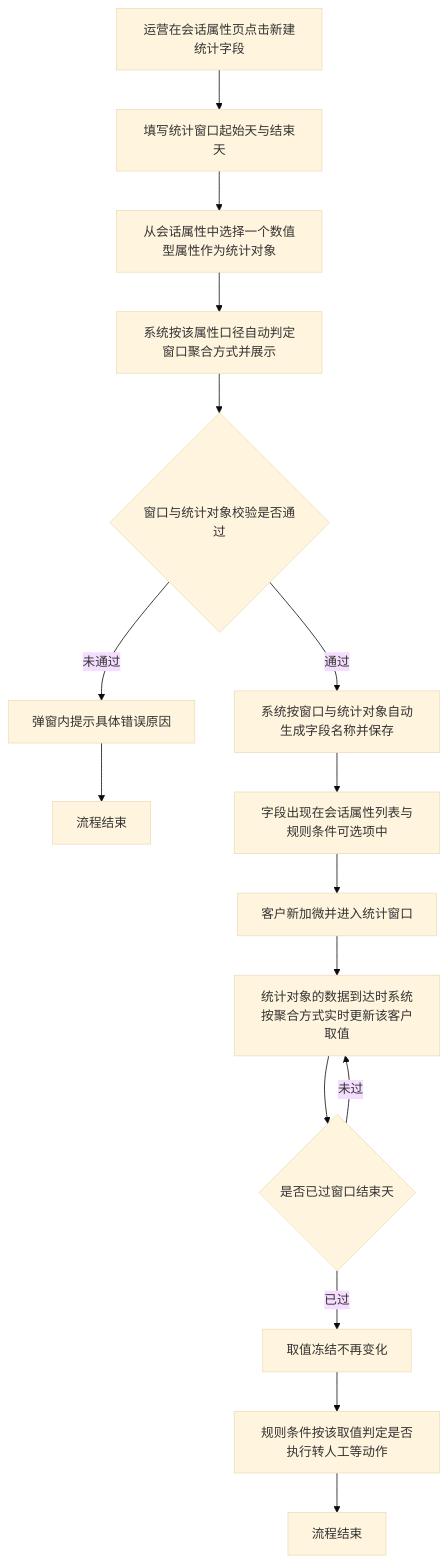
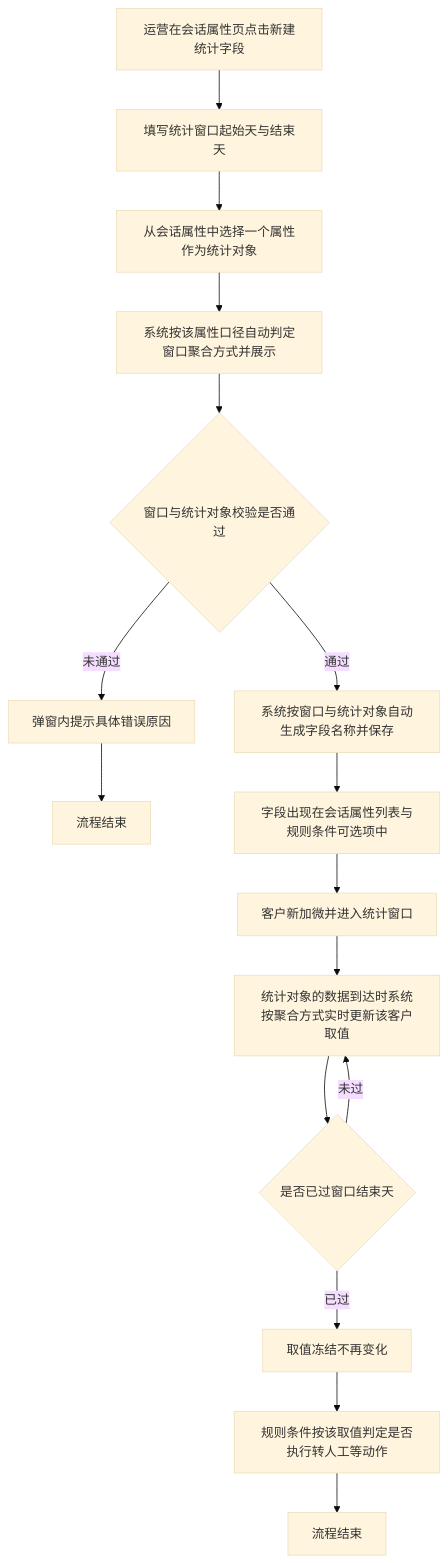
One commit to Leo-ai05/prototypes changed the first of 2 diagrams in 自定义统计周期学习时长字段/PRD-自定义统计周期学习时长字段.md. Above: the diagram before and after it, drawn with Mermaid (base theme). The commit also changed other lines of this file and 28 other files, not shown here.

````diff
--- a/自定义统计周期学习时长字段/PRD-自定义统计周期学习时长字段.md
+++ b/自定义统计周期学习时长字段/PRD-自定义统计周期学习时长字段.md
@@ -48,18 +49,18 @@
 ```mermaid
 flowchart TD
     A[运营在会话属性页点击新建统计字段] --> B[填写统计窗口起始天与结束天]
-    B --> C[从会话属性中选择一个数值型属性作为统计对象]
+    B --> C[从会话属性中选择一个属性作为统计对象]
     C --> D[系统按该属性口径自动判定窗口聚合方式并展示]
     D --> E{窗口与统计对象校验是否通过}
     E -->|未通过| F[弹窗内提示具体错误原因]
     F --> G1[流程结束]
     E -->|通过| H[系统按窗口与统计对象自动生成字段名称并保存]
     H --> I[字段出现在会话属性列表与规则条件可选项中]
     I --> J[客户新加微并进入统计窗口]
     J --> K[统计对象的数据到达时系统按聚合方式实时更新该客户取值]
     K --> L{是否已过窗口结束天}
     L -->|未过| K
     L -->|已过| M[取值冻结不再变化]
     M --> N[规则条件按该取值判定是否执行转人工等动作]
     N --> G2[流程结束]
 ```
````
